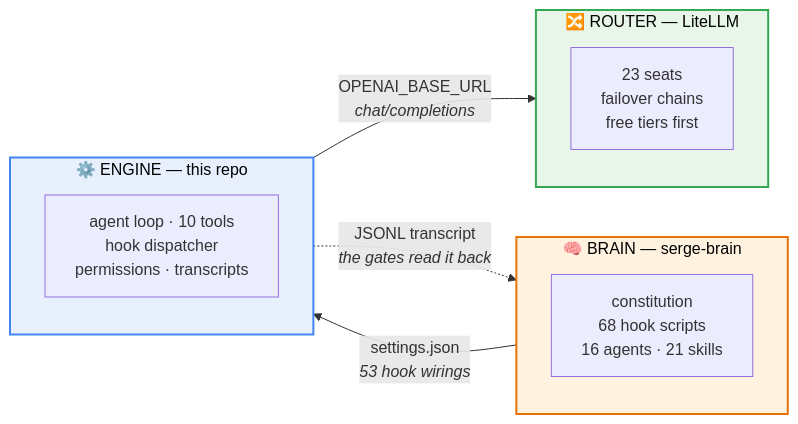
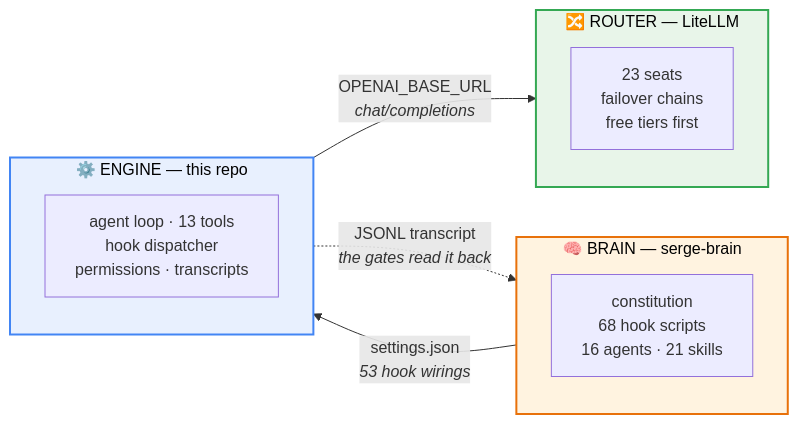
One commit to robsevo/serge-engine changed the first of 2 diagrams in README.md. Above: the diagram before and after it, drawn with Mermaid. The commit also changed other lines of this file and 6 other files, not shown here.

````diff
--- a/README.md
+++ b/README.md
@@ -56,25 +56,25 @@
 ```mermaid
 flowchart LR
     subgraph BRAIN["🧠 BRAIN — serge-brain"]
         direction TB
         B1["constitution<br/>68 hook scripts<br/>16 agents · 21 skills"]
     end
 
     subgraph ENGINE["⚙️ ENGINE — this repo"]
         direction TB
-        E1["agent loop · 10 tools<br/>hook dispatcher<br/>permissions · transcripts"]
+        E1["agent loop · 13 tools<br/>hook dispatcher<br/>permissions · transcripts"]
     end
 
     subgraph ROUTER["🔀 ROUTER — LiteLLM"]
         direction TB
         R1["23 seats<br/>failover chains<br/>free tiers first"]
     end
 
     BRAIN -->|"settings.json<br/><i>53 hook wirings</i>"| ENGINE
     ENGINE -->|"OPENAI_BASE_URL<br/><i>chat/completions</i>"| ROUTER
     ENGINE -.->|"JSONL transcript<br/><i>the gates read it back</i>"| BRAIN
 
     style BRAIN fill:#fff3e0,stroke:#e8710a,stroke-width:2px,color:#000
     style ENGINE fill:#e8f0fe,stroke:#4285f4,stroke-width:2px,color:#000
     style ROUTER fill:#e8f5e9,stroke:#34a853,stroke-width:2px,color:#000
 ```
````
